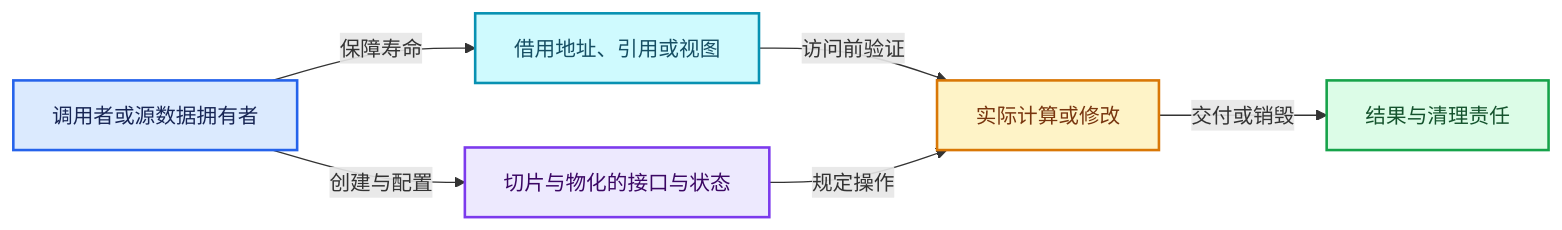
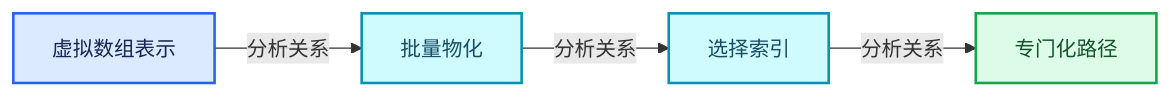
One commit to yunkezengren/blender-.vscode changed the third of 4 diagrams in 杂/markdown/全面学习-codex/04-虚拟数组与索引选择/06-切片与物化.md. Above: the diagram before and after it, drawn with Mermaid. The commit also changed other lines of this file and 1930 other files, not shown here.

````diff
--- a/杂/markdown/全面学习-codex/04-虚拟数组与索引选择/06-切片与物化.md
+++ b/杂/markdown/全面学习-codex/04-虚拟数组与索引选择/06-切片与物化.md
@@ -345,19 +60,16 @@
 ```mermaid
 flowchart LR
-  O["调用者或源数据拥有者"]:::input
-  V["切片与物化的接口与状态"]:::abstraction
-  B["借用地址、引用或视图"]:::data
-  W["实际计算或修改"]:::compute
-  R["结果与清理责任"]:::result
-  O -->|"创建与配置"| V
-  O -->|"保障寿命"| B
-  B -->|"访问前验证"| W
-  V -->|"规定操作"| W
-  W -->|"交付或销毁"| R
+  P0["虚拟数组表示"]:::input
+  P1["批量物化"]:::data
+  P2["选择索引"]:::data
+  P3["专门化路径"]:::result
+  P0 -->|"分析关系"| P1
+  P1 -->|"分析关系"| P2
+  P2 -->|"分析关系"| P3
   classDef input fill:#DBEAFE,stroke:#2563EB,color:#172554,stroke-width:2px;
   classDef data fill:#CFFAFE,stroke:#0891B2,color:#164E63,stroke-width:2px;
   classDef abstraction fill:#EDE9FE,stroke:#7C3AED,color:#3B0764,stroke-width:2px;
   classDef compute fill:#FEF3C7,stroke:#D97706,color:#78350F,stroke-width:2px;
   classDef result fill:#DCFCE7,stroke:#16A34A,color:#14532D,stroke-width:2px;
   classDef error fill:#FEE2E2,stroke:#DC2626,color:#7F1D1D,stroke-width:2px;
 ```
````
